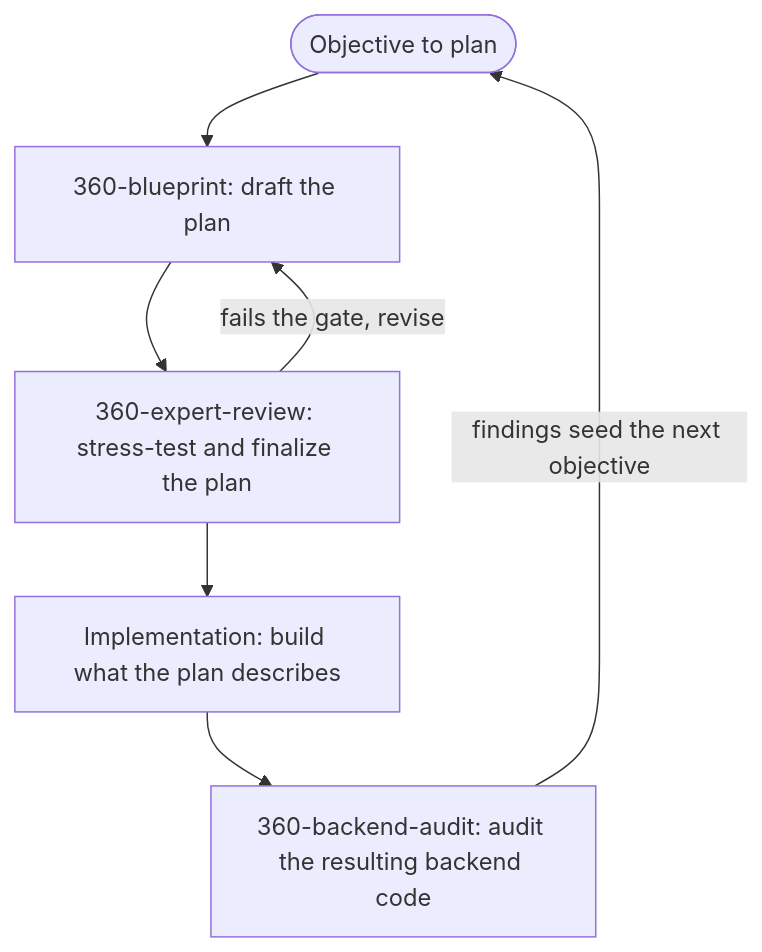
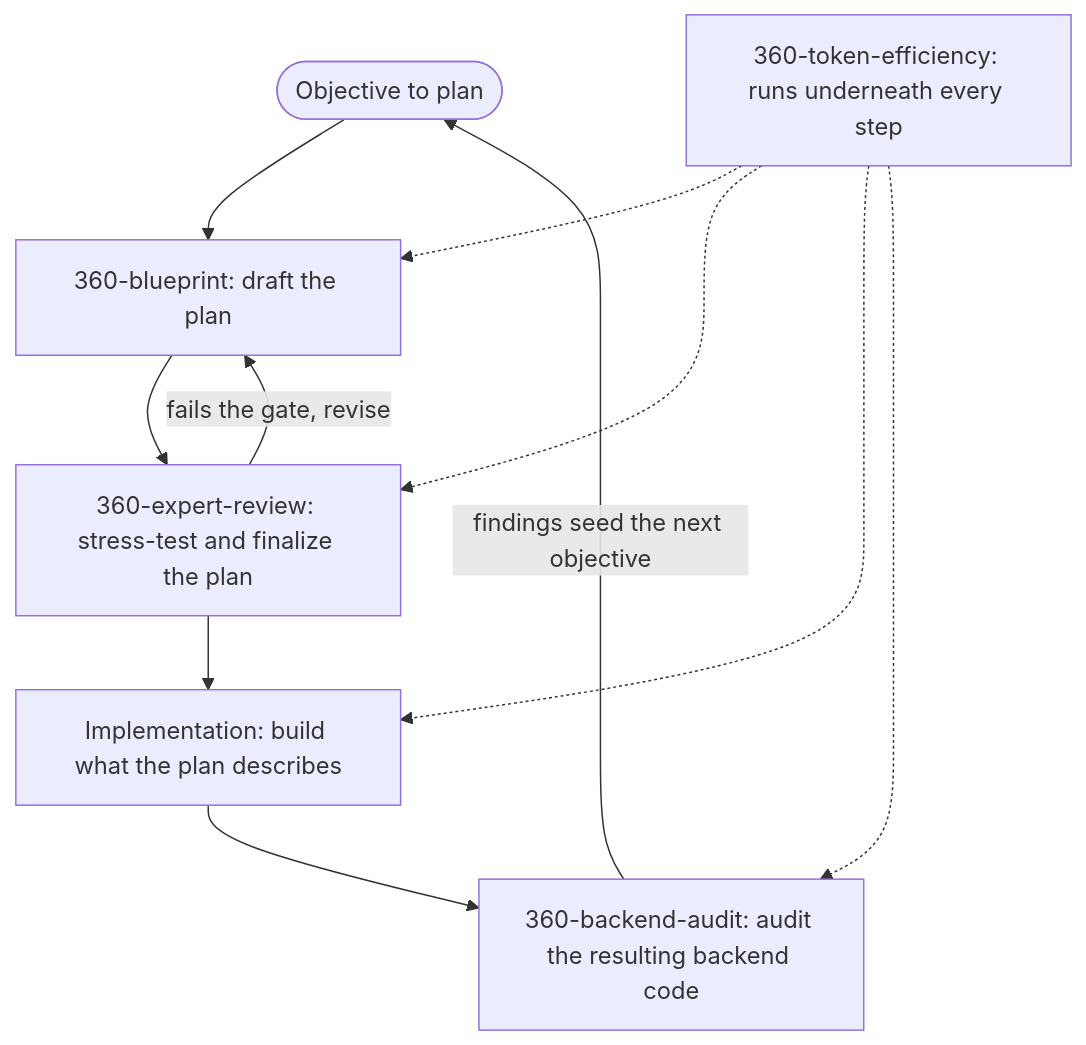
Before and after one commit to shahabahreini/360-skills: the diagram in README.md, drawn with Mermaid. The commit also changed other lines of this file and 4 other files, not shown here.

Commit message:
Add token efficiency skill and update workflows

````diff
--- a/README.md
+++ b/README.md
@@ -35,9 +36,14 @@
 ```mermaid
 flowchart TD
     Objective([Objective to plan]) --> Blueprint["360-blueprint: draft the plan"]
     Blueprint --> Review["360-expert-review: stress-test and finalize the plan"]
     Review -->|fails the gate, revise| Blueprint
     Review --> Build["Implementation: build what the plan describes"]
     Build --> Audit["360-backend-audit: audit the resulting backend code"]
     Audit -->|findings seed the next objective| Objective
+
+    Efficiency["360-token-efficiency: runs underneath every step"] -.-> Blueprint
+    Efficiency -.-> Review
+    Efficiency -.-> Build
+    Efficiency -.-> Audit
 ```
````
